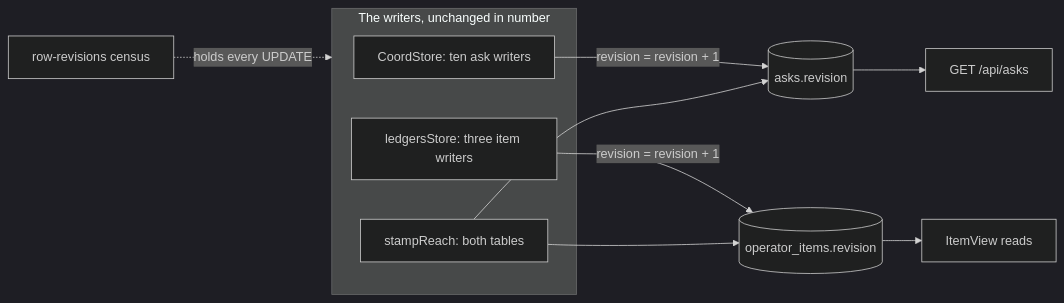
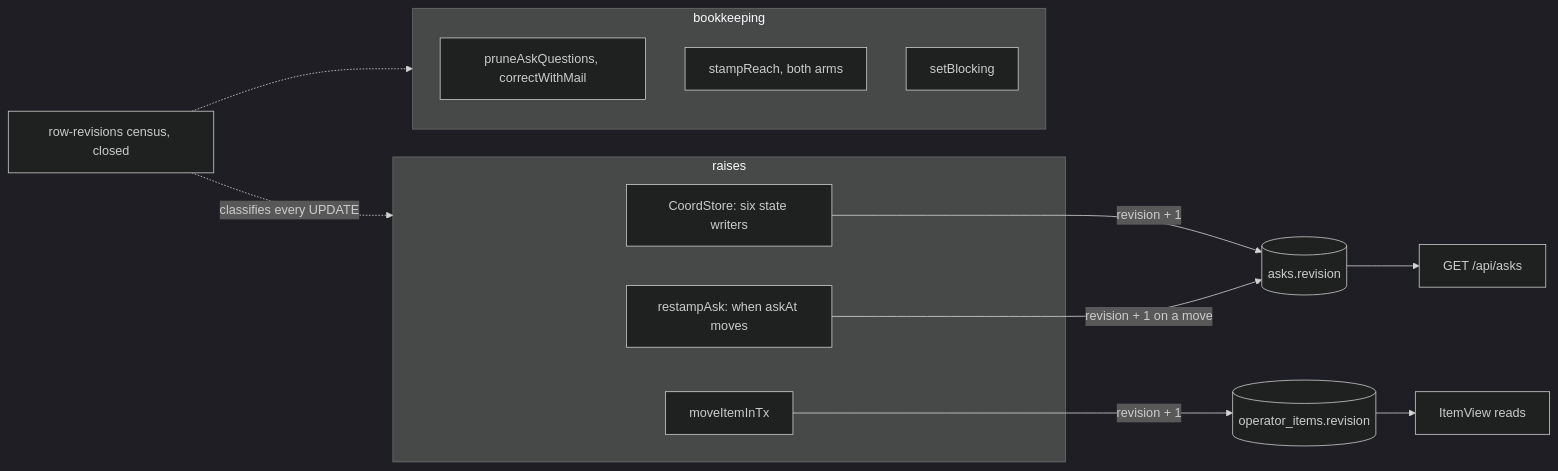
One commit to Synapsium-Labs/ccrc-pwa changed the diagram in docs/superpowers/plans/2026-11-16-overlord-w2/w2-revisions.md. Above: the diagram before and after it, drawn with Mermaid (dark theme). The commit also changed other lines of this file and 2 other files, not shown here.

````diff
--- a/docs/superpowers/plans/2026-11-16-overlord-w2/w2-revisions.md
+++ b/docs/superpowers/plans/2026-11-16-overlord-w2/w2-revisions.md
@@ -117,15 +143,20 @@
 ```mermaid
 flowchart LR
-  subgraph W["The writers, unchanged in number"]
-    S["CoordStore: ten ask writers"]
-    L["ledgersStore: three item writers"]
-    R["stampReach: both tables"]
+  subgraph RA["raises"]
+    S["CoordStore: six state writers"]
+    RS["restampAsk: when askAt moves"]
+    M["moveItemInTx"]
   end
-  S -->|"revision = revision + 1"| A[("asks.revision")]
-  R --> A
-  L -->|"revision = revision + 1"| I[("operator_items.revision")]
-  R --> I
+  subgraph BK["bookkeeping"]
+    B1["pruneAskQuestions, correctWithMail"]
+    B2["stampReach, both arms"]
+    B3["setBlocking"]
+  end
+  S -->|"revision + 1"| A[("asks.revision")]
+  RS -->|"revision + 1 on a move"| A
+  M -->|"revision + 1"| I[("operator_items.revision")]
   A --> GA["GET /api/asks"]
   I --> GI["ItemView reads"]
-  C["row-revisions census"] -.->|"holds every UPDATE"| W
+  C["row-revisions census, closed"] -.->|"classifies every UPDATE"| RA
+  C -.-> BK
 ```
````
